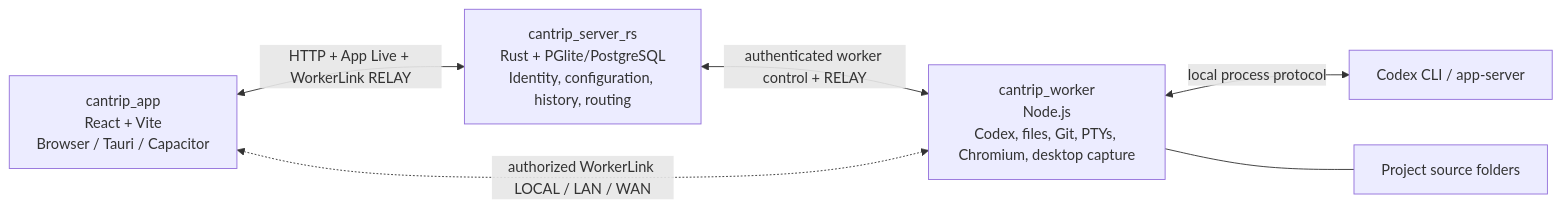
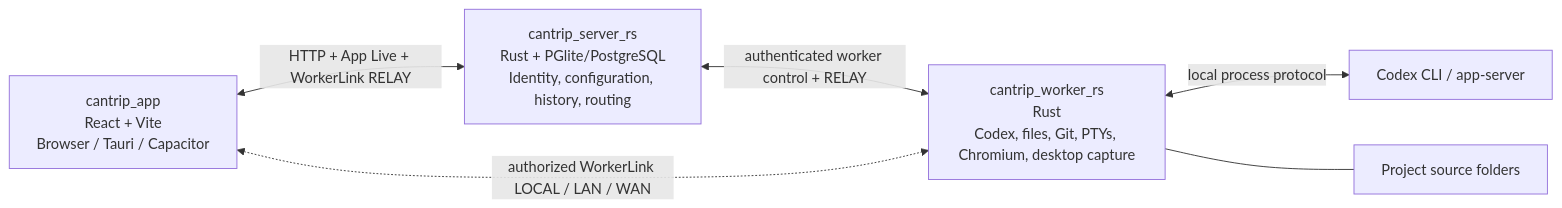
Before and after one commit to ArcaneArts/Cantrip: the diagram in README.md, drawn with Mermaid. The commit also changed other lines of this file and 20 other files, not shown here.

Commit message:
Ship the Rust worker in Cantrip packages (#3442)

````diff
--- a/README.md
+++ b/README.md
@@ -172,14 +172,14 @@
 ```mermaid
 flowchart LR
     APP["cantrip_app<br/>React + Vite<br/>Browser / Tauri / Capacitor"]
     SERVER["cantrip_server_rs<br/>Rust + PGlite/PostgreSQL<br/>Identity, configuration, history, routing"]
-    WORKER["cantrip_worker<br/>Node.js<br/>Codex, files, Git, PTYs, Chromium, desktop capture"]
+    WORKER["cantrip_worker_rs<br/>Rust<br/>Codex, files, Git, PTYs, Chromium, desktop capture"]
     CODEX["Codex CLI / app-server"]
     FILES["Project source folders"]
 
     APP <-->|"HTTP + App Live + WorkerLink RELAY"| SERVER
     SERVER <-->|"authenticated worker control + RELAY"| WORKER
     APP <-.->|"authorized WorkerLink LOCAL / LAN / WAN"| WORKER
     WORKER <-->|"local process protocol"| CODEX
     WORKER --- FILES
 ```
````
